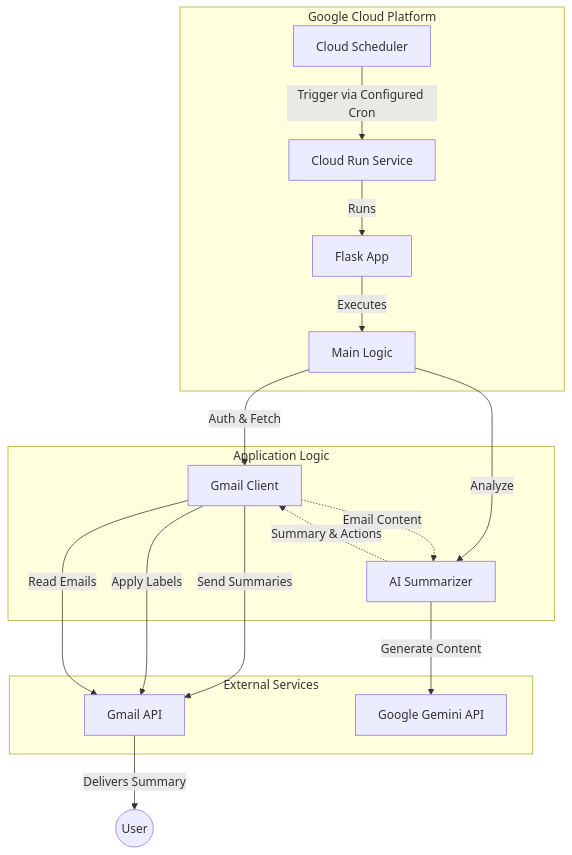
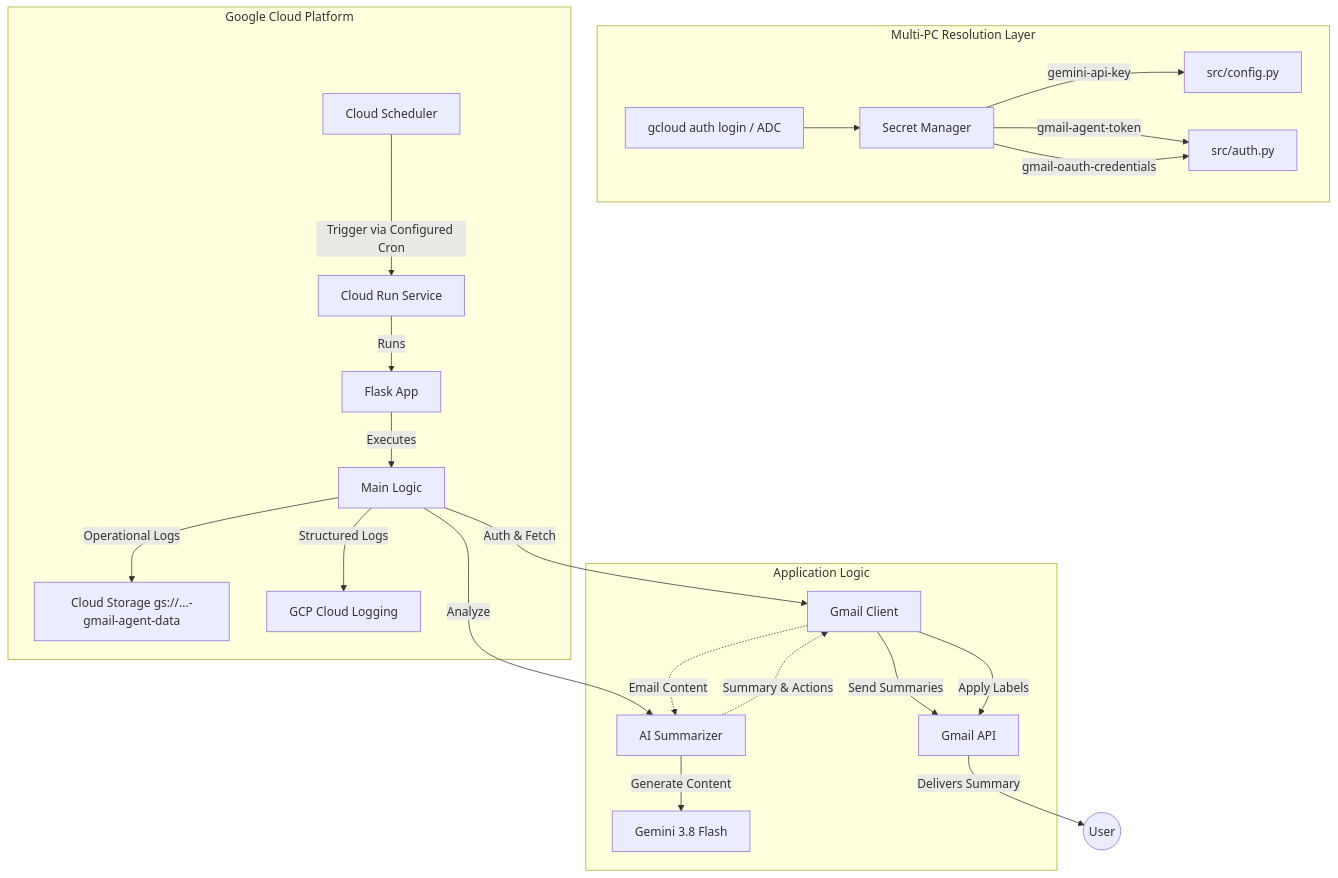
The diagram in README.md (henryhyunwookim/gmail-agent), drawn with Mermaid before and after one commit. The commit also changed other lines of this file and 20 other files, not shown here.

First line of the commit message:
feat: migrate to cloud-native architecture with Secret Manager and GCS

````diff
--- a/README.md
+++ b/README.md
@@ -23,29 +23,29 @@
 ```mermaid
 graph TD
+    subgraph Multi-PC Resolution Layer
+        GCPAuth[gcloud auth login / ADC] --> SecretMgr[Secret Manager]
+        SecretMgr -->|gemini-api-key| Config[src/config.py]
+        SecretMgr -->|gmail-agent-token| Auth[src/auth.py]
+        SecretMgr -->|gmail-oauth-credentials| Auth
+    end
+
     subgraph Google Cloud Platform
         Scheduler[Cloud Scheduler] -->|Trigger via Configured Cron| CloudRun[Cloud Run Service]
         CloudRun -->|Runs| App[Flask App]
         App -->|Executes| Main[Main Logic]
-    end
-
-    subgraph External Services
-        GmailAPI[Gmail API]
-        GeminiAPI[Google Gemini API]
+        Main -->|Operational Logs| GCS[Cloud Storage gs://...-gmail-agent-data]
+        Main -->|Structured Logs| CloudLogging[GCP Cloud Logging]
     end
 
     subgraph Application Logic
         Main -->|Auth & Fetch| GmailClient[Gmail Client]
         Main -->|Analyze| Summarizer[AI Summarizer]
-        
-        %% Data Flow
         Summarizer -.->|Summary & Actions| GmailClient
         GmailClient -.->|Email Content| Summarizer
-
-        Summarizer -->|Generate Content| GeminiAPI
-        GmailClient -->|Send Summaries| GmailAPI
+        Summarizer -->|Generate Content| GeminiAPI[Gemini 3.8 Flash]
+        GmailClient -->|Send Summaries| GmailAPI[Gmail API]
         GmailClient -->|Apply Labels| GmailAPI
-        GmailClient -->|Read Emails| GmailAPI
     end
 
     GmailAPI -->|Delivers Summary| User((User))
 ```
````
